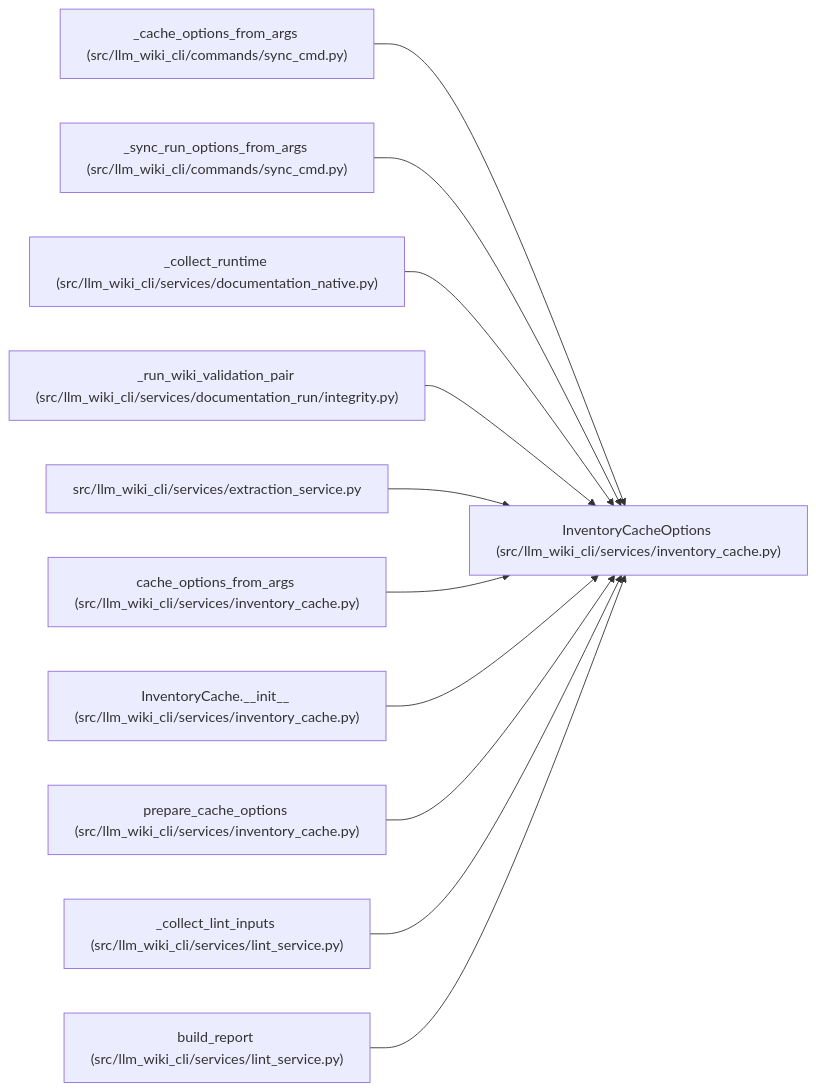
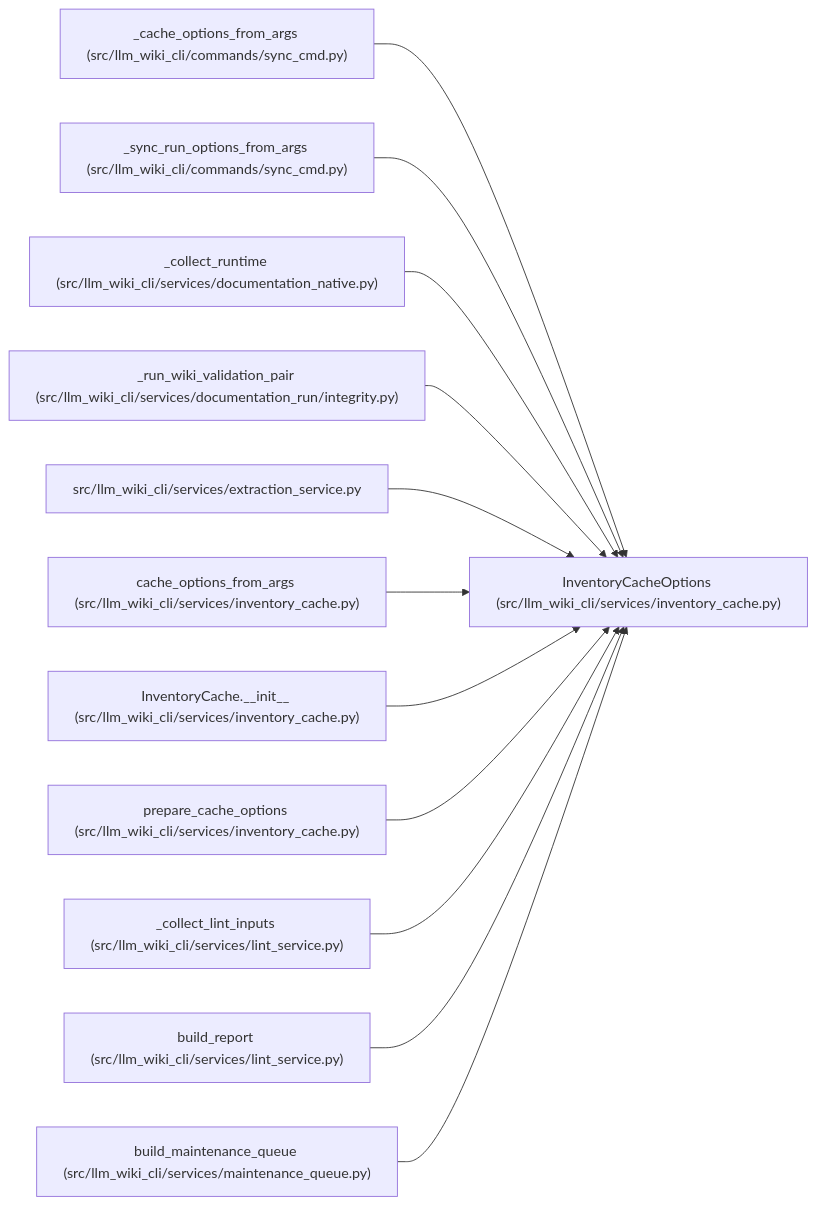
The diagram in docs/llm_wiki/entities/InventoryCacheOptions.md (Denissvgn/python-wiki-llm), drawn with Mermaid before and after one commit. The commit also changed other lines of this file and 152 other files, not shown here.

````diff
--- a/docs/llm_wiki/entities/InventoryCacheOptions.md
+++ b/docs/llm_wiki/entities/InventoryCacheOptions.md
@@ -32,35 +32,38 @@
 ```mermaid
 flowchart LR
     n0["InventoryCacheOptions (src/llm_wiki_cli/services/inventory_cache.py)"]
     n1["_cache_options_from_args (src/llm_wiki_cli/commands/sync_cmd.py)"]
     n2["_sync_run_options_from_args (src/llm_wiki_cli/commands/sync_cmd.py)"]
     n3["_collect_runtime (src/llm_wiki_cli/services/documentation_native.py)"]
     n4["_run_wiki_validation_pair (src/llm_wiki_cli/services/documentation_run/integrity.py)"]
     n5["src/llm_wiki_cli/services/extraction_service.py"]
     n6["cache_options_from_args (src/llm_wiki_cli/services/inventory_cache.py)"]
     n7["InventoryCache.__init__ (src/llm_wiki_cli/services/inventory_cache.py)"]
     n8["prepare_cache_options (src/llm_wiki_cli/services/inventory_cache.py)"]
     n9["_collect_lint_inputs (src/llm_wiki_cli/services/lint_service.py)"]
     n10["build_report (src/llm_wiki_cli/services/lint_service.py)"]
+    n11["build_maintenance_queue (src/llm_wiki_cli/services/maintenance_queue.py)"]
     n1 --> n0
     n2 --> n0
     n3 --> n0
     n4 --> n0
     n5 --> n0
     n6 --> n0
     n7 --> n0
     n8 --> n0
     n9 --> n0
     n10 --> n0
+    n11 --> n0
     click n0 "../modules/inventory_cache.md"
     click n1 "../modules/sync_cmd.md"
     click n2 "../modules/sync_cmd.md"
     click n3 "../modules/documentation_native.md"
     click n4 "../modules/integrity.md"
     click n5 "../modules/extraction_service.md"
     click n6 "../modules/inventory_cache.md"
     click n7 "../modules/inventory_cache.md"
     click n8 "../modules/inventory_cache.md"
     click n9 "../modules/lint_service.md"
     click n10 "../modules/lint_service.md"
+    click n11 "../modules/maintenance_queue.md"
 ```
````
